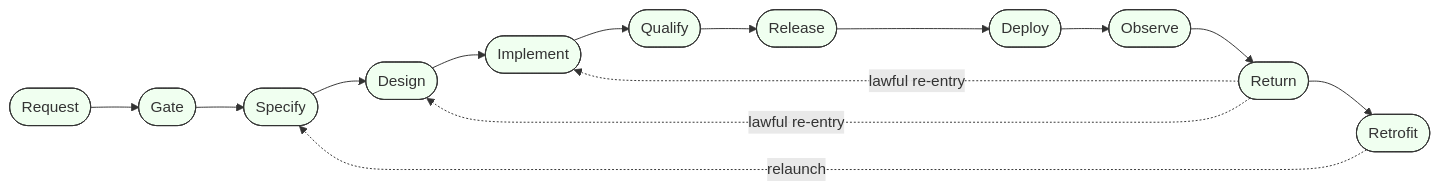
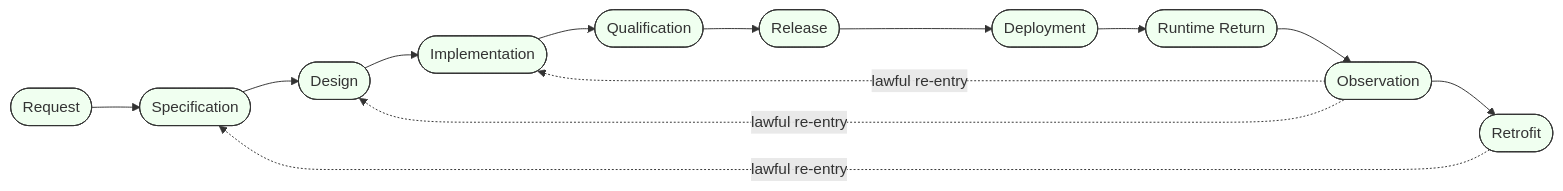
Before and after one commit to foolishimp/abiogenesis: the third of 3 diagrams in docs/THE_GENESIS_VISION.md, drawn with Mermaid. The commit also changed other lines of this file and 3 other files, not shown here.

````diff
--- a/docs/THE_GENESIS_VISION.md
+++ b/docs/THE_GENESIS_VISION.md
@@ -168,19 +172,18 @@
 ```mermaid
 graph LR
-    REQ([Request]) --> GATE([Gate])
-    GATE --> SPEC([Specify])
+    REQ([Request]) --> SPEC([Specification])
     SPEC --> DES([Design])
-    DES --> IMP([Implement])
-    IMP --> QUAL([Qualify])
+    DES --> IMP([Implementation])
+    IMP --> QUAL([Qualification])
     QUAL --> REL([Release])
-    REL --> DEP([Deploy])
-    DEP --> OBS([Observe])
-    OBS --> RET([Return])
-    RET --> RETRO([Retrofit])
-    RETRO -.relaunch.-> SPEC
-    RET -.lawful re-entry.-> DES
-    RET -.lawful re-entry.-> IMP
+    REL --> DEP([Deployment])
+    DEP --> RET([Runtime Return])
+    RET --> OBS([Observation])
+    OBS --> RETRO([Retrofit])
+    RETRO -.lawful re-entry.-> SPEC
+    OBS -.lawful re-entry.-> DES
+    OBS -.lawful re-entry.-> IMP
 
     classDef stage fill:#f0fff0,stroke:#333
-    class REQ,GATE,SPEC,DES,IMP,QUAL,REL,DEP,OBS,RET,RETRO stage
+    class REQ,SPEC,DES,IMP,QUAL,REL,DEP,RET,OBS,RETRO stage
 ```
````
